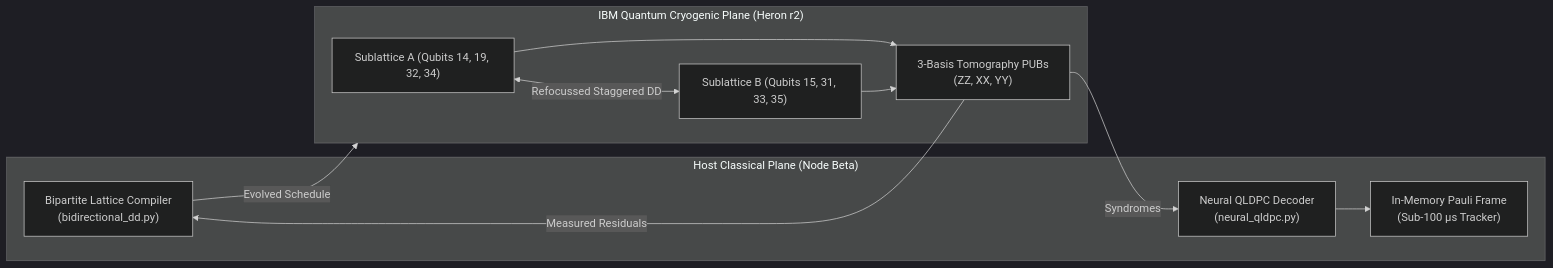
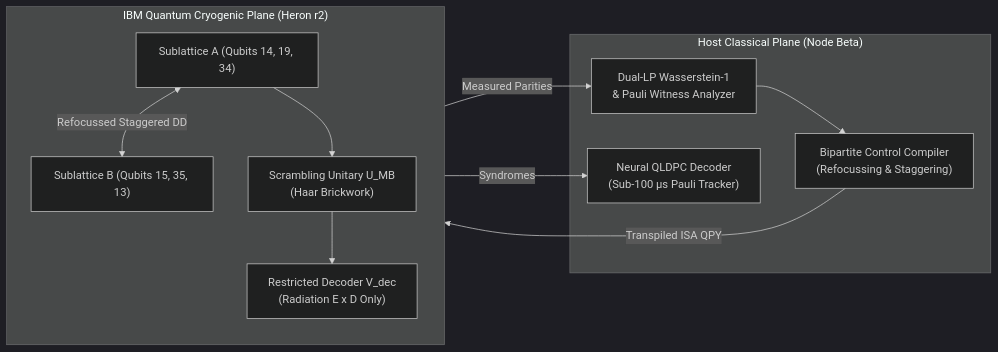
Before and after one commit to osiris-dnalang/osiris-cli: the diagram in docs/proposals/IBM_QUANTUM_RESEARCHER_PROPOSAL.md, drawn with Mermaid (dark theme). The commit also changed other lines of this file and 6 other files, not shown here.

````diff
--- a/docs/proposals/IBM_QUANTUM_RESEARCHER_PROPOSAL.md
+++ b/docs/proposals/IBM_QUANTUM_RESEARCHER_PROPOSAL.md
@@ -34,22 +43,22 @@
 ```mermaid
 flowchart LR
     subgraph Host["Host Classical Plane (Node Beta)"]
-        Gen["Bipartite Lattice Compiler<br>(bidirectional_dd.py)"]
-        Decoder["Neural QLDPC Decoder<br>(neural_qldpc.py)"]
-        Frame["In-Memory Pauli Frame<br>(Sub-100 µs Tracker)"]
+        Compiler["Bipartite Control Compiler<br>(Refocussing & Staggering)"]
+        Tomography["Dual-LP Wasserstein-1<br>& Pauli Witness Analyzer"]
+        Decoder["Neural QLDPC Decoder<br>(Sub-100 µs Pauli Tracker)"]
     end
 
     subgraph QPU["IBM Quantum Cryogenic Plane (Heron r2)"]
-        SubA["Sublattice A (Qubits 14, 19, 32, 34)"]
-        SubB["Sublattice B (Qubits 15, 31, 33, 35)"]
-        Parity["3-Basis Tomography PUBs<br>(ZZ, XX, YY)"]
+        SubA["Sublattice A (Qubits 14, 19, 34)"]
+        SubB["Sublattice B (Qubits 15, 35, 13)"]
+        Scrambler["Scrambling Unitary U_MB<br>(Haar Brickwork)"]
+        DecoderQPU["Restricted Decoder V_dec<br>(Radiation E x D Only)"]
         SubA <-->|Refocussed Staggered DD| SubB
-        SubA --> Parity
-        SubB --> Parity
+        SubA --> Scrambler --> DecoderQPU
     end
 
-    Gen -->|Evolved Schedule| QPU
-    Parity -->|Measured Residuals| Gen
-    Parity -->|Syndromes| Decoder
-    Decoder --> Frame
+    Compiler -->|Transpiled ISA QPY| QPU
+    QPU -->|Measured Parities| Tomography
+    Tomography --> Compiler
+    QPU -->|Syndromes| Decoder
 ```
````
